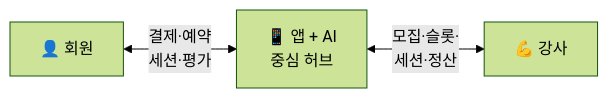
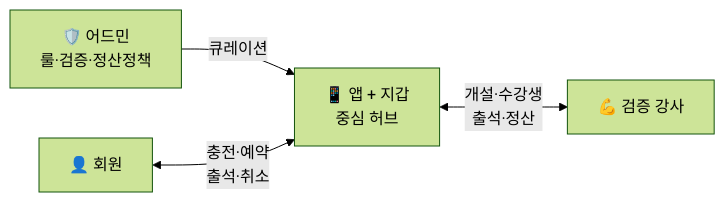
Before and after one commit to Young-000/pt-platform-docs: the diagram in index.md, drawn with Mermaid (forest theme). The commit also changed other lines of this file and 104 other files, not shown here.

````diff
--- a/index.md
+++ b/index.md
@@ -76,5 +58,6 @@
 ```mermaid
 flowchart LR
-    M[👤 회원] <-->|결제·예약<br/>세션·평가| APP[📱 앱 + AI<br/>중심 허브]
-    APP <-->|모집·슬롯·<br/>세션·정산| T[💪 강사]
+    A[🛡️ 어드민<br/>룰·검증·정산정책] -->|큐레이션| APP[📱 앱 + 지갑<br/>중심 허브]
+    M[👤 회원] <-->|충전·예약<br/>출석·취소| APP
+    APP <-->|개설·수강생<br/>출석·정산| T[💪 검증 강사]
 ```
````
